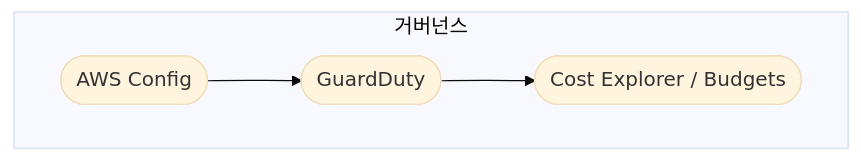
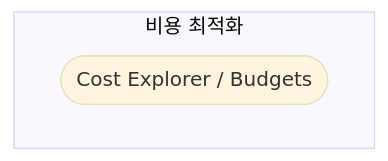
The sixth of 6 diagrams in public/handbook/soa/overview.md (gwonmin/QuizNox_front), drawn with Mermaid (base theme) before and after one commit. The commit also changed other lines of this file and 125 other files, not shown here.

````diff
--- a/public/handbook/soa/overview.md
+++ b/public/handbook/soa/overview.md
@@ -66,9 +153,7 @@
 ```mermaid
 flowchart TB
-  subgraph gov [거버넌스]
-    CF([AWS Config])
-    GD([GuardDuty])
+  subgraph cost [비용 최적화]
     CO([Cost Explorer / Budgets])
   end
-  CF --> GD --> CO
+  CO
 ```
````
